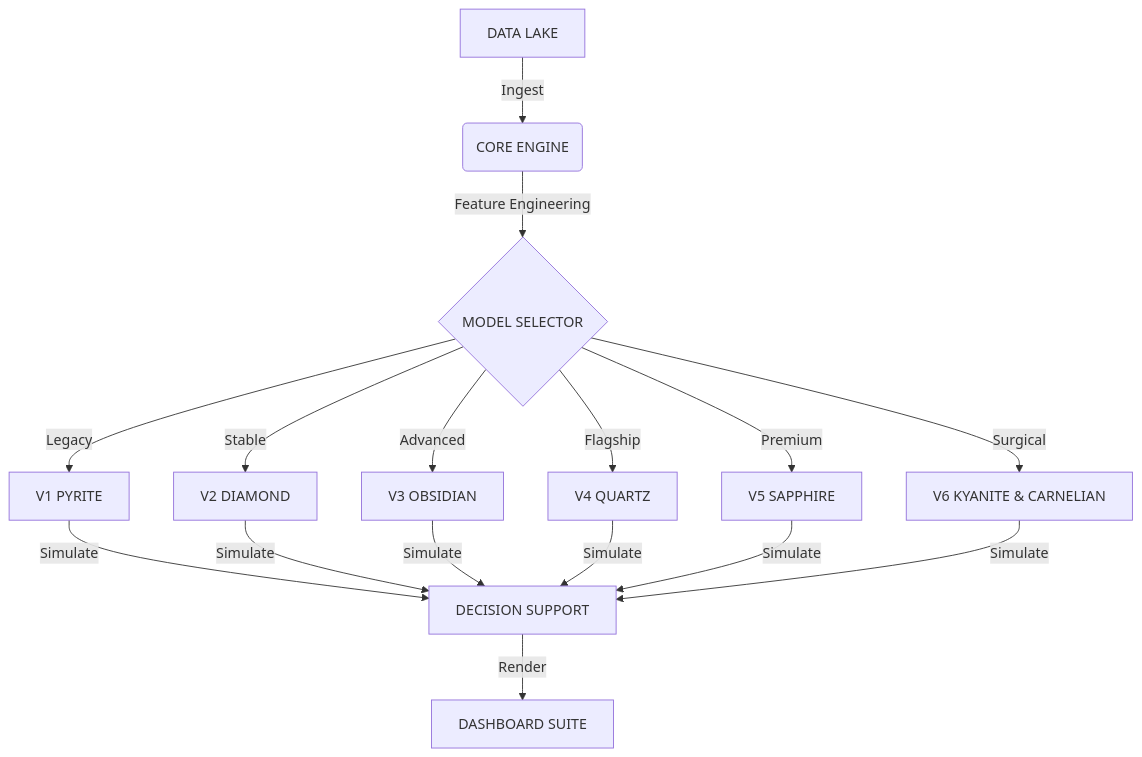
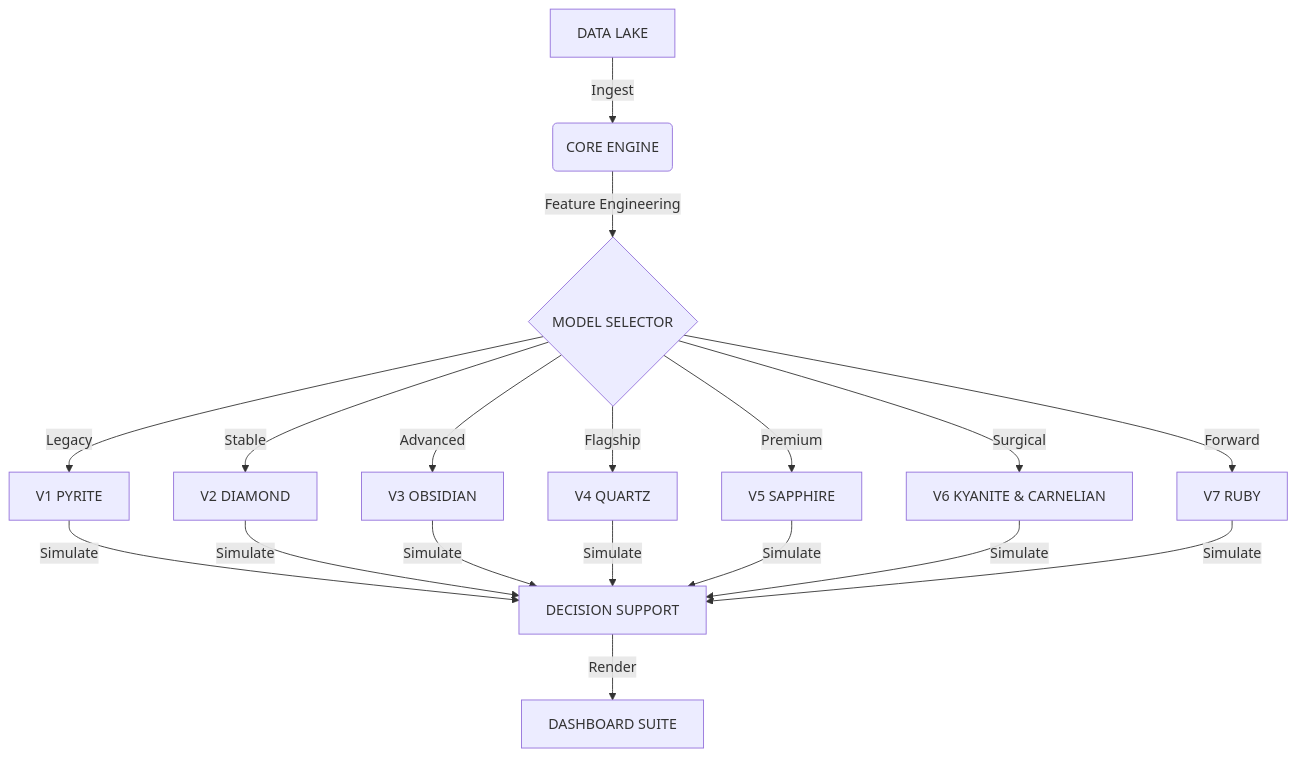
One commit to DSargent21/Quarry-Intelligence changed the diagram in README.md. Above: the diagram before and after it, drawn with Mermaid. The commit also changed other lines of this file and 11 other files, not shown here.

````diff
--- a/README.md
+++ b/README.md
@@ -90,13 +101,14 @@
 ```mermaid
 graph TD
     A[DATA LAKE] -->|Ingest| B(CORE ENGINE)
     B -->|Feature Engineering| C{MODEL SELECTOR}
     C -->|Legacy| D[V1 PYRITE]
     C -->|Stable| E[V2 DIAMOND]
     C -->|Advanced| F[V3 OBSIDIAN]
     C -->|Flagship| G[V4 QUARTZ]
     C -->|Premium| J[V5 SAPPHIRE]
     C -->|Surgical| K[V6 KYANITE & CARNELIAN]
-    D & E & F & G & J & K -->|Simulate| H[DECISION SUPPORT]
+    C -->|Forward| L[V7 RUBY]
+    D & E & F & G & J & K & L -->|Simulate| H[DECISION SUPPORT]
     H -->|Render| I[DASHBOARD SUITE]
 ```
````
